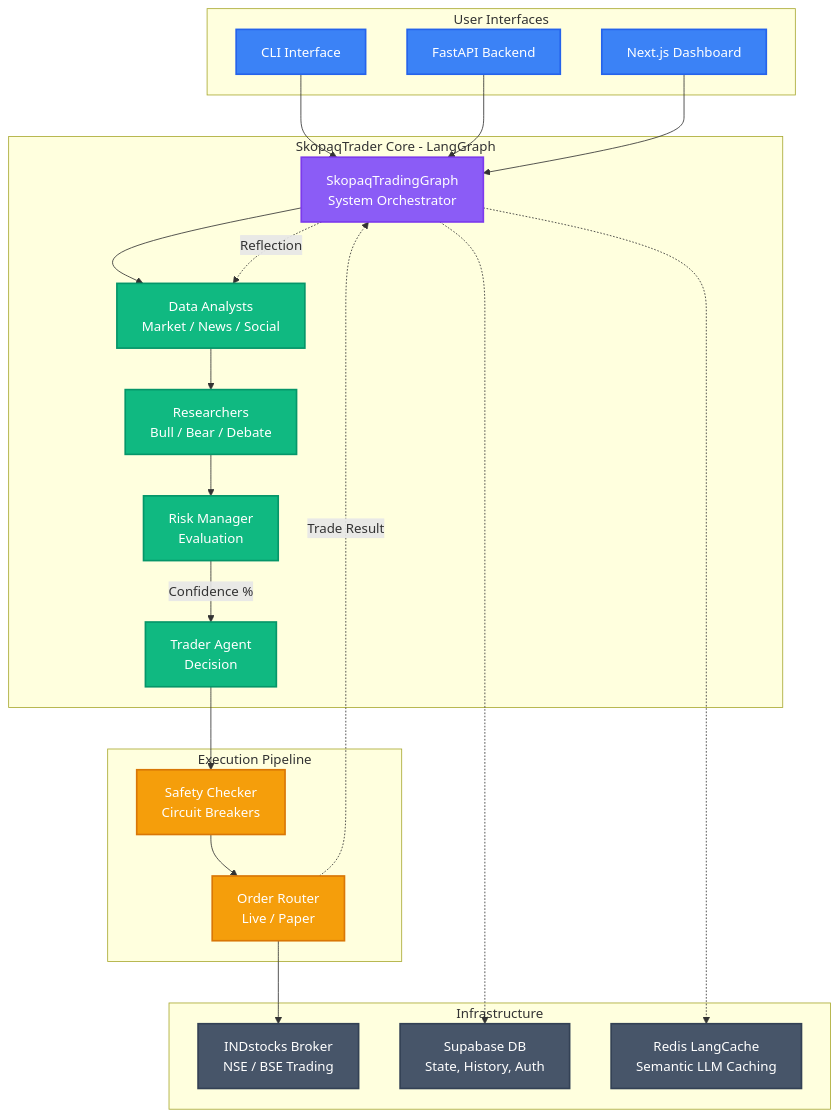
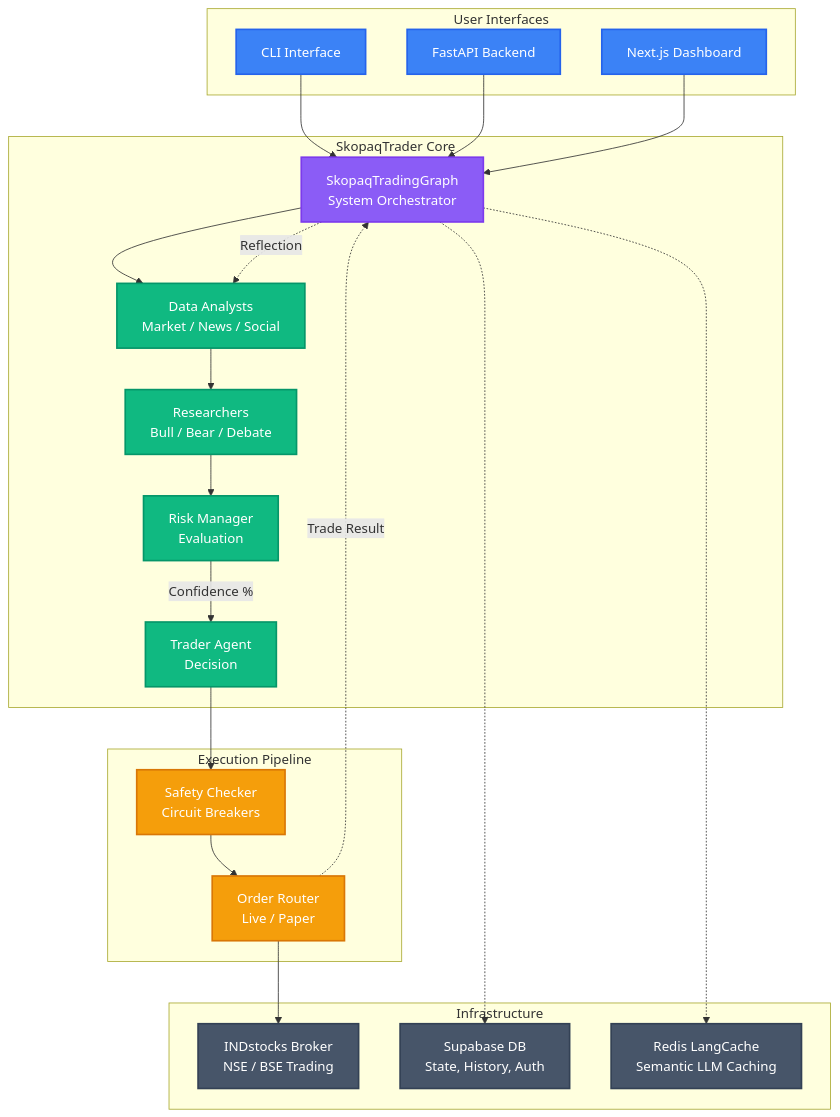
Before and after one commit to samuelvinay91/skopaqtrader: the first of 4 diagrams in README.md, drawn with Mermaid. The commit also changed other lines of this file and 10 other files, not shown here.

````diff
--- a/README.md
+++ b/README.md
@@ -61,48 +61,48 @@
 ```mermaid
 graph TD
     classDef interface fill:#3b82f6,stroke:#2563eb,stroke-width:2px,color:#fff
     classDef core fill:#8b5cf6,stroke:#7c3aed,stroke-width:2px,color:#fff
     classDef agent fill:#10b981,stroke:#059669,stroke-width:2px,color:#fff
     classDef execution fill:#f59e0b,stroke:#d97706,stroke-width:2px,color:#fff
     classDef external fill:#475569,stroke:#334155,stroke-width:2px,color:#fff
 
     subgraph UI["User Interfaces"]
         CLI["CLI Interface"]:::interface
         API["FastAPI Backend"]:::interface
         Dashboard["Next.js Dashboard"]:::interface
     end
 
-    subgraph CoreSystem["SkopaqTrader Core - LangGraph"]
+    subgraph CoreSystem["SkopaqTrader Core"]
         Orchestrator["SkopaqTradingGraph<br/>System Orchestrator"]:::core
         DataAgents["Data Analysts<br/>Market / News / Social"]:::agent
         ResearchAgents["Researchers<br/>Bull / Bear / Debate"]:::agent
         RiskAgent["Risk Manager<br/>Evaluation"]:::agent
         TraderAgent["Trader Agent<br/>Decision"]:::agent
     end
 
     subgraph Exec["Execution Pipeline"]
         Safety["Safety Checker<br/>Circuit Breakers"]:::execution
         Router["Order Router<br/>Live / Paper"]:::execution
     end
 
     subgraph Infra["Infrastructure"]
         INDstocks["INDstocks Broker<br/>NSE / BSE Trading"]:::external
         Supabase["Supabase DB<br/>State, History, Auth"]:::external
         Redis["Redis LangCache<br/>Semantic LLM Caching"]:::external
     end
 
     CLI --> Orchestrator
     API --> Orchestrator
     Dashboard --> Orchestrator
     Orchestrator --> DataAgents
     DataAgents --> ResearchAgents
     ResearchAgents --> RiskAgent
     RiskAgent -- "Confidence %" --> TraderAgent
     TraderAgent --> Safety
     Safety --> Router
     Router --> INDstocks
     Orchestrator -.-> Supabase
     Orchestrator -.-> Redis
     Router -. "Trade Result" .-> Orchestrator
     Orchestrator -. "Reflection" .-> DataAgents
 ```
````
